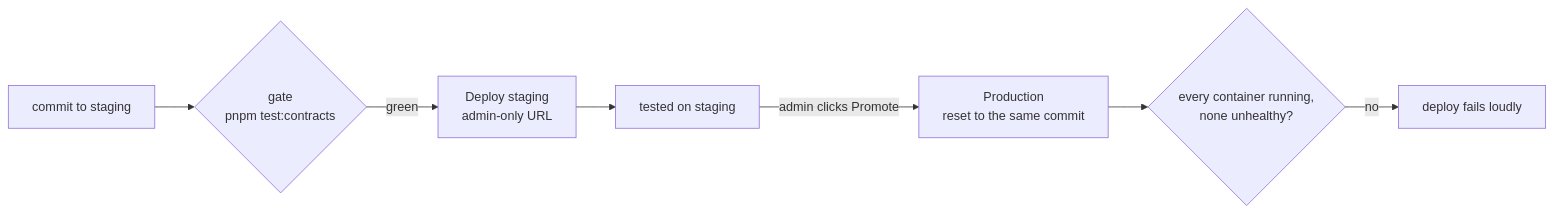
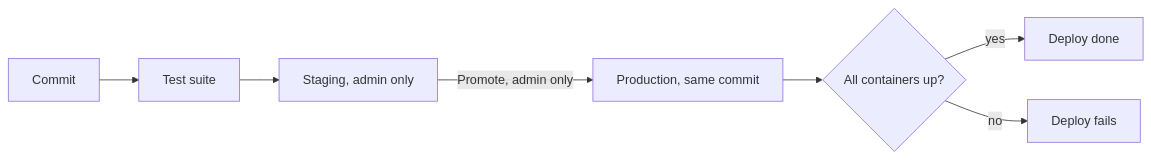
Before and after one commit to jkondakalla/jkOS: the third of 3 diagrams in README.md, drawn with Mermaid. The commit also changed other lines of this file and 2 other files, not shown here.

First line of the commit message:
docs(readme): plain language, and a sequence diagram GitHub can render

````diff
--- a/README.md
+++ b/README.md
@@ -98,9 +91,9 @@
 ```mermaid
 flowchart LR
-  C[commit to staging] --> G{gate<br/>pnpm test:contracts}
-  G -->|green| S[Deploy staging<br/>admin-only URL]
-  S --> T[tested on staging]
-  T -->|admin clicks Promote| P[Production<br/>reset to the same commit]
-  P --> V{every container running,<br/>none unhealthy?}
-  V -->|no| F[deploy fails loudly]
+  C["Commit"] --> T["Test suite"]
+  T --> S["Staging, admin only"]
+  S -->|"Promote, admin only"| P["Production, same commit"]
+  P --> V{"All containers up?"}
+  V -->|yes| OK["Deploy done"]
+  V -->|no| F["Deploy fails"]
 ```
````
